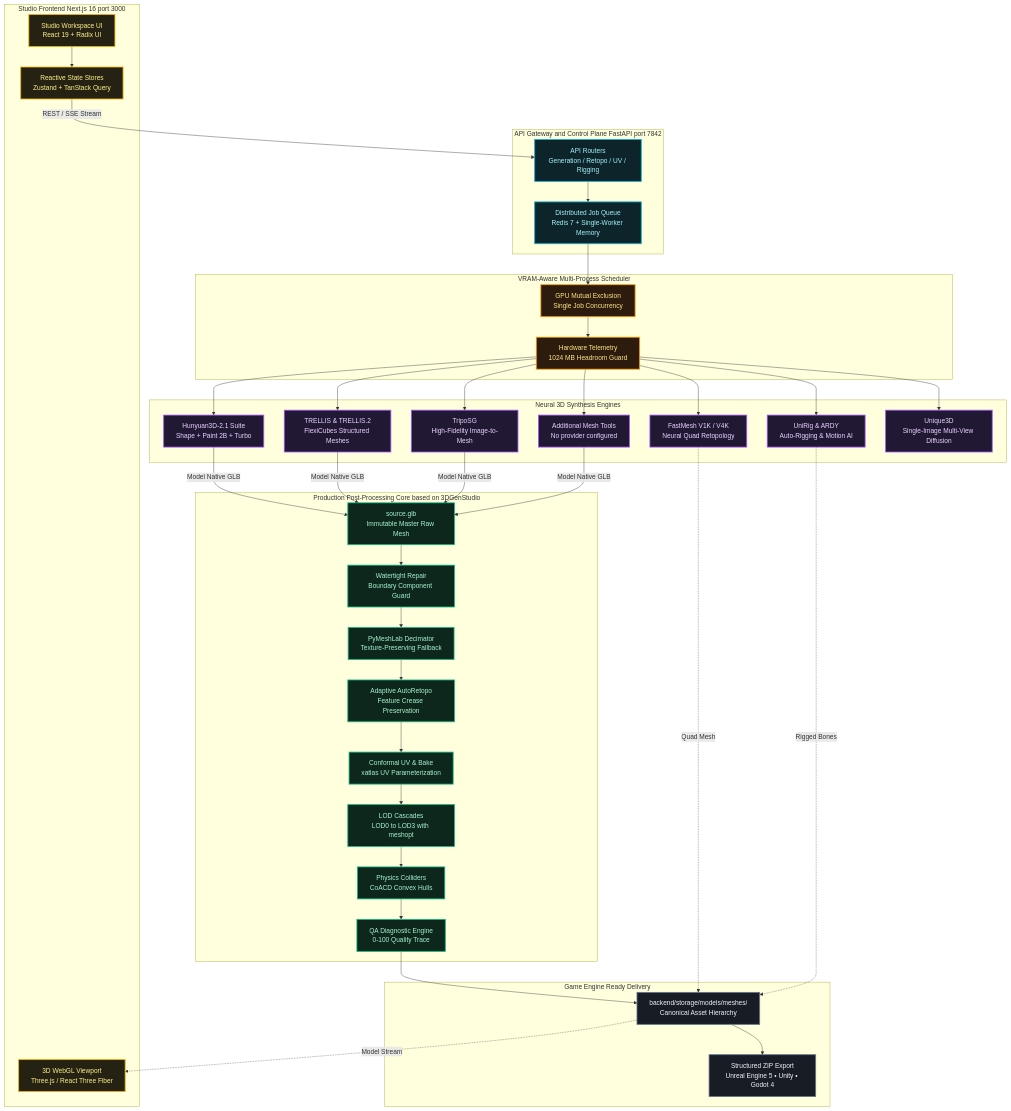
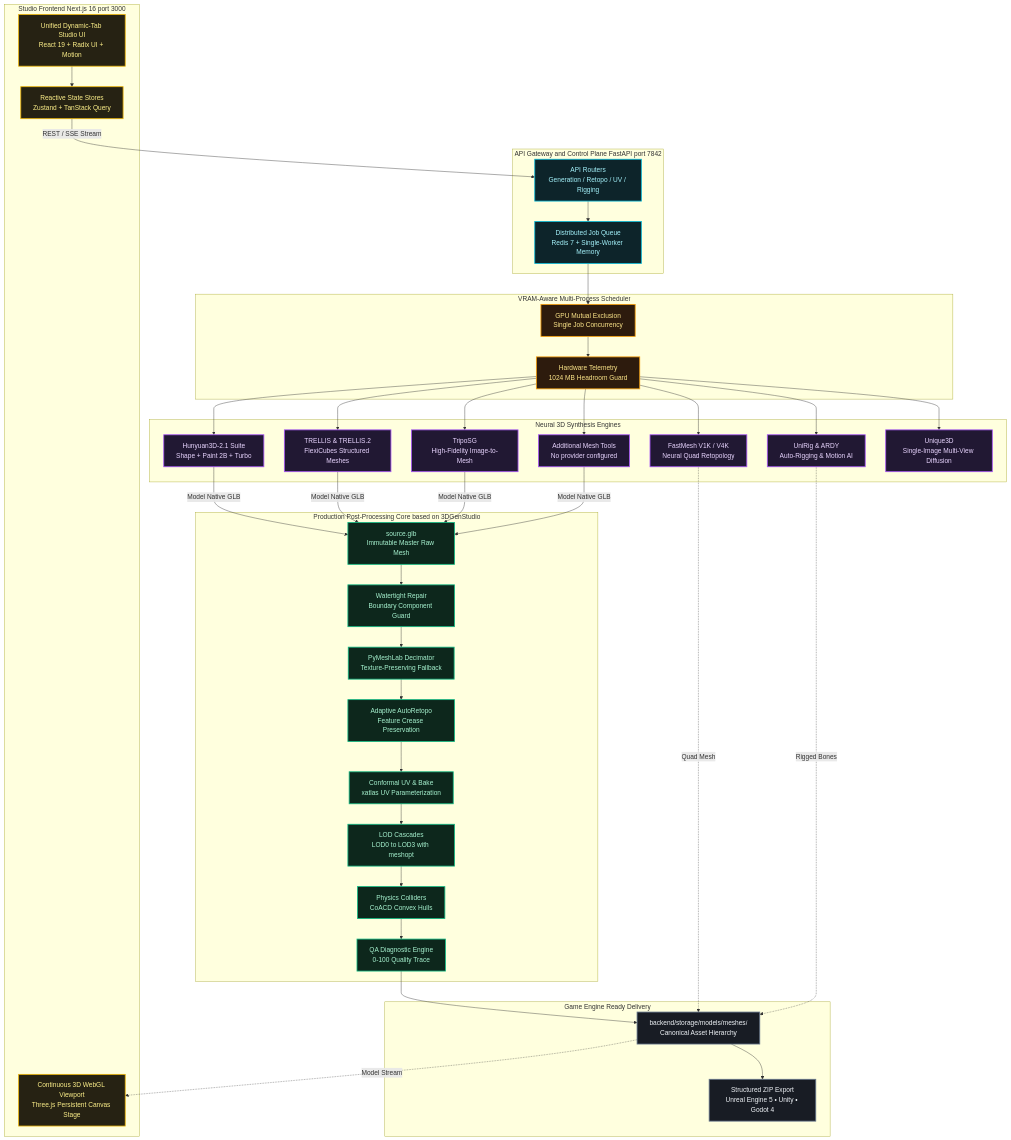
The diagram in README.md (Silentzx2/ForMash3D), drawn with Mermaid before and after one commit. The commit also changed 57 other files, not shown here.

First line of the commit message:
docs: document dynamic-tab and unified UI architecture

```diff
--- a/README.md
+++ b/README.md
@@ -123,8 +123,8 @@
     classDef slate fill:#181c24,stroke:#64748b,stroke-width:2px,color:#f1f5f9;
 
     subgraph Client [Studio Frontend Next.js 16 port 3000]
-        UI["Studio Workspace UI<br/>React 19 + Radix UI"]:::gold
-        VIEWER["3D WebGL Viewport<br/>Three.js / React Three Fiber"]:::gold
+        UI["Unified Dynamic-Tab Studio UI<br/>React 19 + Radix UI + Motion"]:::gold
+        VIEWER["Continuous 3D WebGL Viewport<br/>Three.js Persistent Canvas Stage"]:::gold
         STORES["Reactive State Stores<br/>Zustand + TanStack Query"]:::gold
     end
 
```
